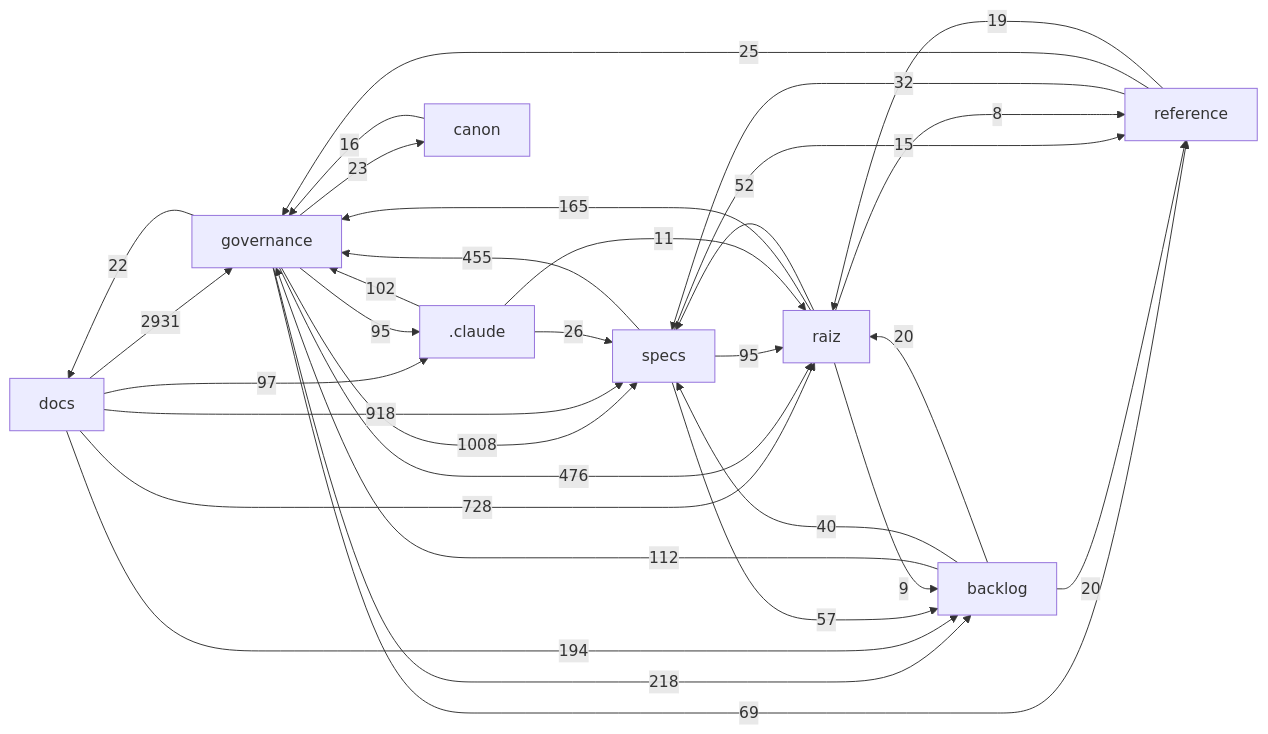
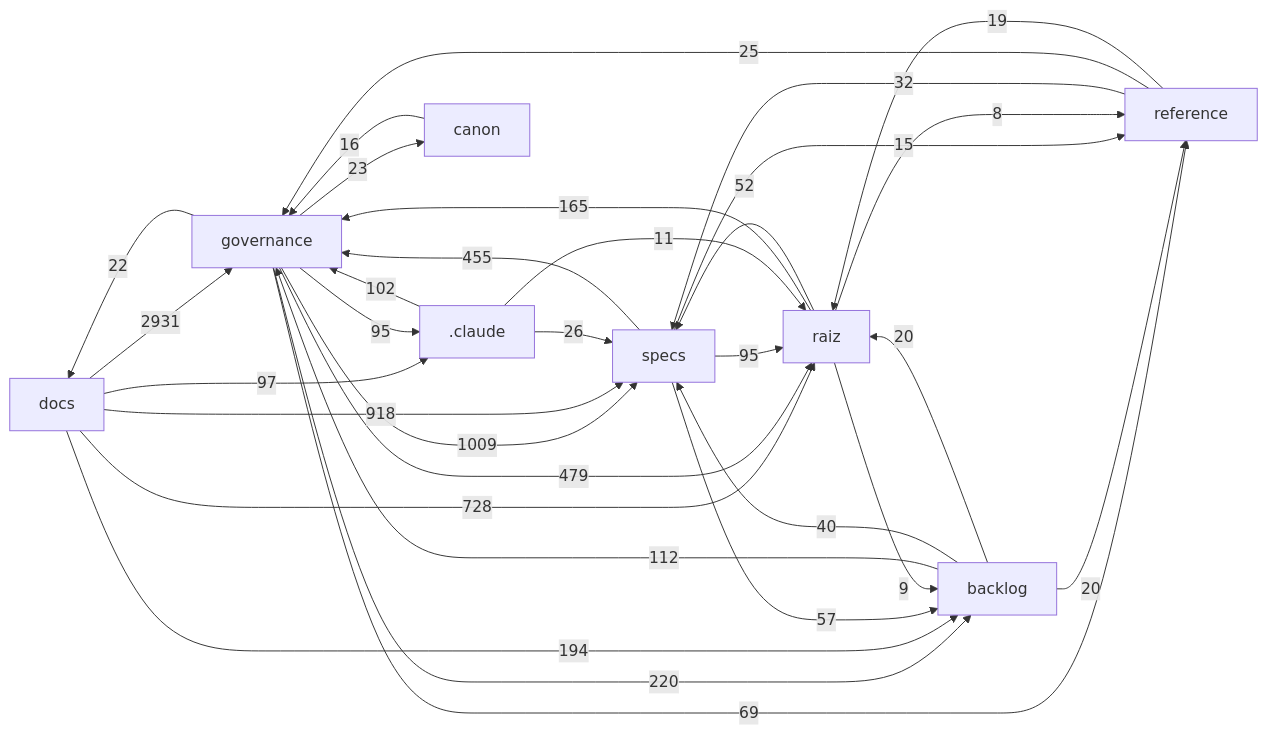
One commit to Andraus35/Sistema-Operacional-de-Trading--SOT changed the diagram in docs/mapa/MAPA-PROJETO.md. Above: the diagram before and after it, drawn with Mermaid. The commit also changed other lines of this file and 2 other files, not shown here.

````diff
--- a/docs/mapa/MAPA-PROJETO.md
+++ b/docs/mapa/MAPA-PROJETO.md
@@ -29,34 +29,34 @@
 ```mermaid
 flowchart LR
   docs["docs"] -->|2931| governance["governance"]
-  governance["governance"] -->|1008| specs["specs"]
+  governance["governance"] -->|1009| specs["specs"]
   docs["docs"] -->|918| specs["specs"]
   docs["docs"] -->|728| raiz["raiz"]
-  governance["governance"] -->|476| raiz["raiz"]
+  governance["governance"] -->|479| raiz["raiz"]
   specs["specs"] -->|455| governance["governance"]
-  governance["governance"] -->|218| backlog["backlog"]
+  governance["governance"] -->|220| backlog["backlog"]
   docs["docs"] -->|194| backlog["backlog"]
   raiz["raiz"] -->|165| governance["governance"]
   backlog["backlog"] -->|112| governance["governance"]
   _claude[".claude"] -->|102| governance["governance"]
   docs["docs"] -->|97| _claude[".claude"]
   governance["governance"] -->|95| _claude[".claude"]
   specs["specs"] -->|95| raiz["raiz"]
   governance["governance"] -->|69| reference["reference"]
   specs["specs"] -->|57| backlog["backlog"]
   raiz["raiz"] -->|52| specs["specs"]
   backlog["backlog"] -->|40| specs["specs"]
   reference["reference"] -->|32| specs["specs"]
   _claude[".claude"] -->|26| specs["specs"]
   reference["reference"] -->|25| governance["governance"]
   governance["governance"] -->|23| canon["canon"]
   governance["governance"] -->|22| docs["docs"]
   backlog["backlog"] -->|20| raiz["raiz"]
   backlog["backlog"] -->|20| reference["reference"]
   reference["reference"] -->|19| raiz["raiz"]
   canon["canon"] -->|16| governance["governance"]
   specs["specs"] -->|15| reference["reference"]
   _claude[".claude"] -->|11| raiz["raiz"]
   raiz["raiz"] -->|9| backlog["backlog"]
   raiz["raiz"] -->|8| reference["reference"]
 ```
````
